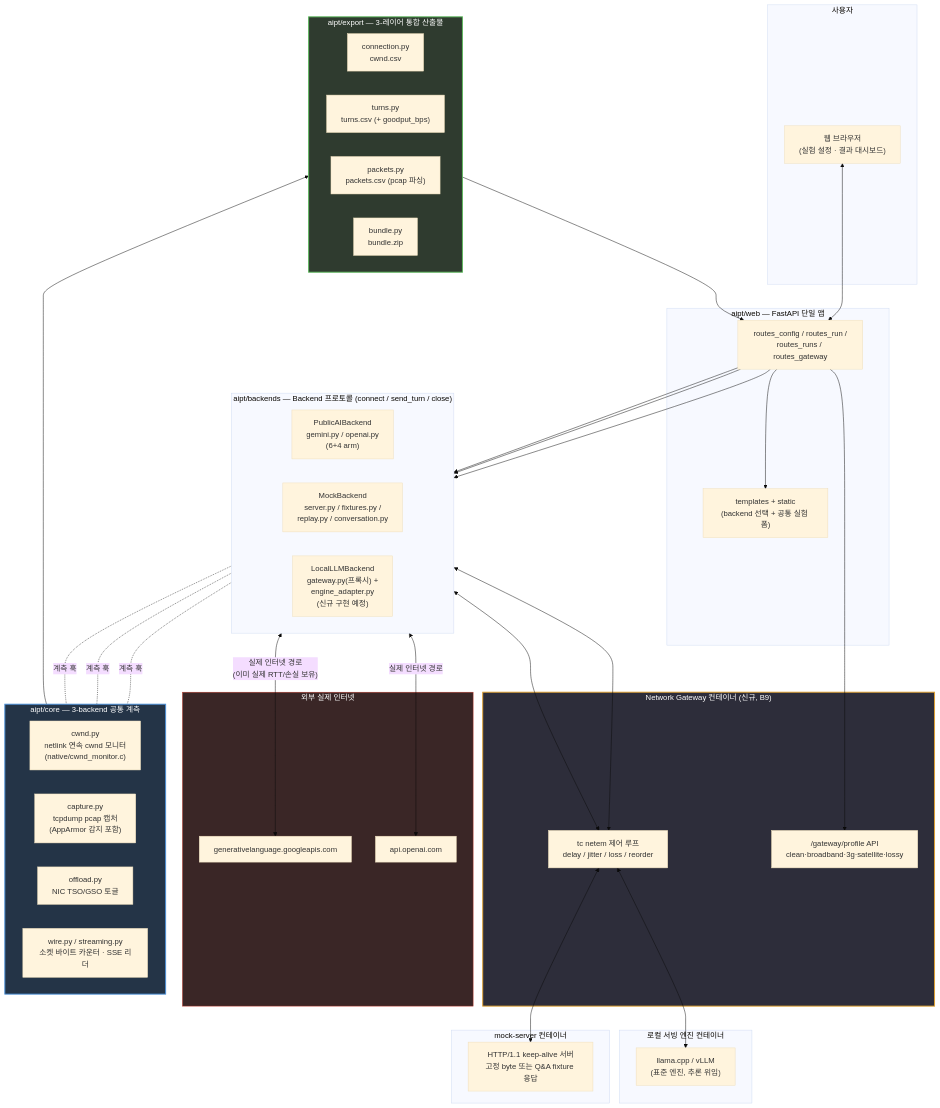
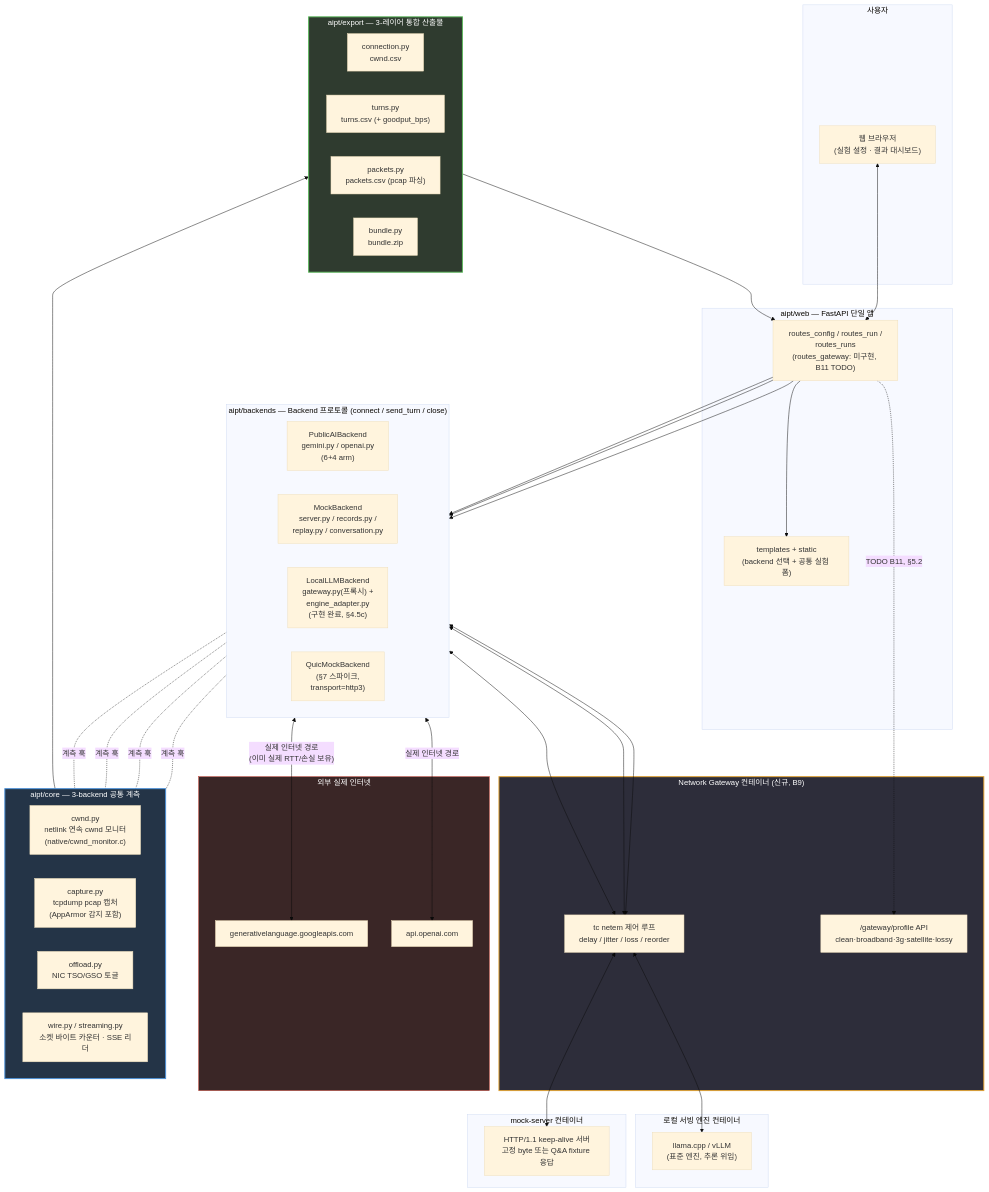
The first of 2 diagrams in AIPT/DESIGN.md (sangrokhan/remote_work), drawn with Mermaid (base theme) before and after one commit. The commit also changed other lines of this file and 2 other files, not shown here.

First line of the commit message:
docs(AIPT): ooo 전수 감사 반영 — DESIGN.md §6 확정 근거 추가, 문서-코드 갭 3건 기록, local-llm HEALTHCHECK 포트 버그 수정

````diff
--- a/AIPT/DESIGN.md
+++ b/AIPT/DESIGN.md
@@ -345,79 +354,82 @@
 ```mermaid
 flowchart TB
     subgraph USER["사용자"]
         Browser["웹 브라우저<br/>(실험 설정 · 결과 대시보드)"]
     end
 
     subgraph WEBAPP["aipt/web — FastAPI 단일 앱"]
-        Routes["routes_config / routes_run /<br/>routes_runs / routes_gateway"]
+        Routes["routes_config / routes_run /<br/>routes_runs<br/>(routes_gateway: 미구현, B11 TODO)"]
         Templates["templates + static<br/>(backend 선택 + 공통 실험 폼)"]
     end
 
     subgraph BACKENDS["aipt/backends — Backend 프로토콜 (connect / send_turn / close)"]
         direction LR
         PublicAI["PublicAIBackend<br/>gemini.py / openai.py<br/>(6+4 arm)"]
-        Mock["MockBackend<br/>server.py / fixtures.py /<br/>replay.py / conversation.py"]
-        LocalLLM["LocalLLMBackend<br/>gateway.py(프록시) +<br/>engine_adapter.py<br/>(신규 구현 예정)"]
+        Mock["MockBackend<br/>server.py / records.py /<br/>replay.py / conversation.py"]
+        LocalLLM["LocalLLMBackend<br/>gateway.py(프록시) +<br/>engine_adapter.py<br/>(구현 완료, §4.5c)"]
+        QuicMock["QuicMockBackend<br/>(§7 스파이크,<br/>transport=http3)"]
     end
 
     subgraph GATEWAY["Network Gateway 컨테이너 (신규, B9)"]
         Netem["tc netem 제어 루프<br/>delay / jitter / loss / reorder"]
         ProfileAPI["/gateway/profile API<br/>clean·broadband·3g·satellite·lossy"]
     end
 
     subgraph EXT["외부 실제 인터넷"]
         Gemini["generativelanguage.googleapis.com"]
         OpenAI["api.openai.com"]
     end
 
     subgraph MOCKSRV["mock-server 컨테이너"]
         MockServer["HTTP/1.1 keep-alive 서버<br/>고정 byte 또는 Q&A fixture 응답"]
     end
 
     subgraph LLMSRV["로컬 서빙 엔진 컨테이너"]
         Engine["llama.cpp / vLLM<br/>(표준 엔진, 추론 위임)"]
     end
 
     subgraph CORE["aipt/core — 3-backend 공통 계측"]
         direction LR
         Cwnd["cwnd.py<br/>netlink 연속 cwnd 모니터<br/>(native/cwnd_monitor.c)"]
         Capture["capture.py<br/>tcpdump pcap 캡처<br/>(AppArmor 감지 포함)"]
         Offload["offload.py<br/>NIC TSO/GSO 토글"]
         Wire["wire.py / streaming.py<br/>소켓 바이트 카운터 · SSE 리더"]
     end
 
     subgraph EXPORT["aipt/export — 3-레이어 통합 산출물"]
         direction LR
         Connection["connection.py<br/>cwnd.csv"]
         Turns["turns.py<br/>turns.csv (+ goodput_bps)"]
         Packets["packets.py<br/>packets.csv (pcap 파싱)"]
         Bundle["bundle.py<br/>bundle.zip"]
     end
 
     Browser <--> Routes
     Routes --> Templates
     Routes --> PublicAI
     Routes --> Mock
     Routes --> LocalLLM
-    Routes --> ProfileAPI
+    Routes -.->|"TODO B11, §5.2"| ProfileAPI
 
     PublicAI <-->|"실제 인터넷 경로<br/>(이미 실제 RTT/손실 보유)"| Gemini
     PublicAI <-->|"실제 인터넷 경로"| OpenAI
 
     Mock <--> Netem
     LocalLLM <--> Netem
+    QuicMock <--> Netem
     Netem <--> MockServer
     Netem <--> Engine
 
     PublicAI -. 계측 훅 .- CORE
     Mock -. 계측 훅 .- CORE
     LocalLLM -. 계측 훅 .- CORE
+    QuicMock -. 계측 훅 .- CORE
 
     CORE --> EXPORT
     EXPORT --> Routes
 
     style GATEWAY fill:#2d2d3a,stroke:#e0a030,stroke-width:2px,color:#fff
     style CORE fill:#243447,stroke:#4a90d9,stroke-width:2px,color:#fff
     style EXPORT fill:#2f3b2f,stroke:#5cb85c,stroke-width:2px,color:#fff
     style EXT fill:#3a2626,stroke:#c0392b,stroke-width:1px,color:#fff
 ```
````
